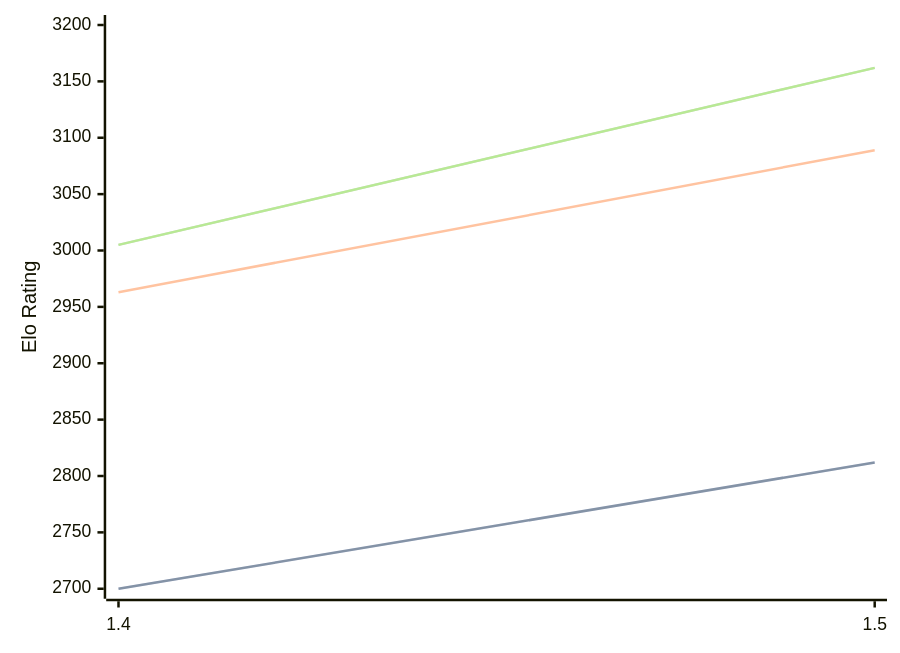
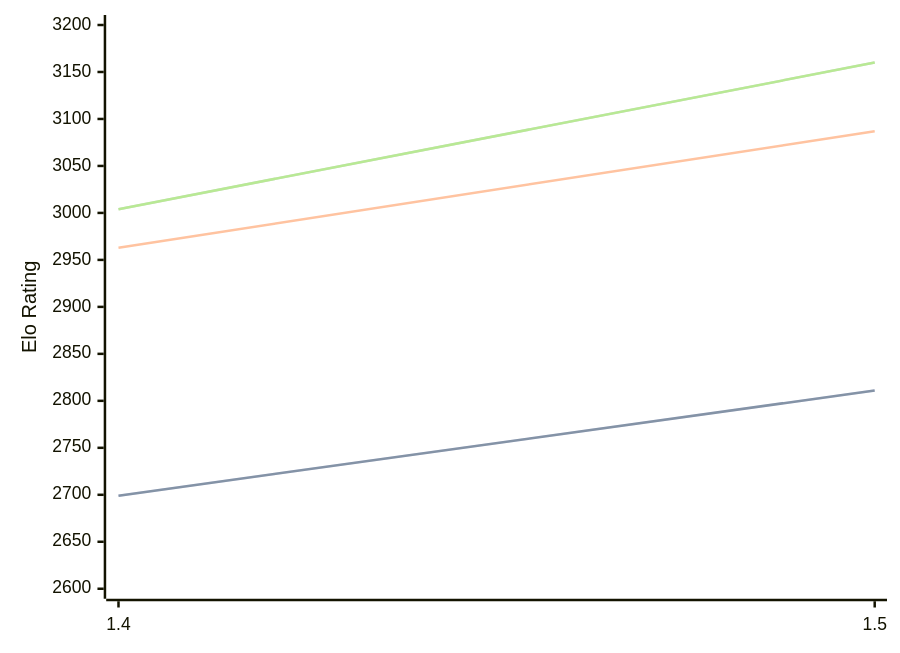
The diagram in engines/Yakka.md (computer-chess-index/cci), drawn with Mermaid before and after one commit. The commit also changed other lines of this file, not shown here.

Commit message:
Update CCI Ratings (ELO VLTC) - 2026-03-07

````diff
--- a/engines/Yakka.md
+++ b/engines/Yakka.md
@@ -34,11 +34,11 @@
 ```mermaid
 %%{init: {"theme":"base","themeVariables":{"seriesColors:['#a3a3a3','#222221','#faa371']}}}%%
 xychart-beta
   x-axis ["1.4", "1.5"]
-  y-axis "Elo Rating" 2700 --> 3200
-  line "STC (8.0+0.08s)" [2700, 2812]
-  line "STC (8.0+0.08s)" [2700, 2812]
-  line "LTC (60.0+0.60s)" [2963, 3089]
-  line "VLTC (2m24s+1.12s)" [3005, 3162]
-  line "VLTC (2m24s+1.12s)" [3005, 3162]
+  y-axis "Elo Rating" 2600 --> 3200
+  line "STC (8.0+0.08s)" [2699, 2811]
+  line "STC (8.0+0.08s)" [2699, 2811]
+  line "LTC (60.0+0.60s)" [2963, 3087]
+  line "VLTC (2m24s+1.12s)" [3004, 3160]
+  line "VLTC (2m24s+1.12s)" [3004, 3160]
 ```
````
